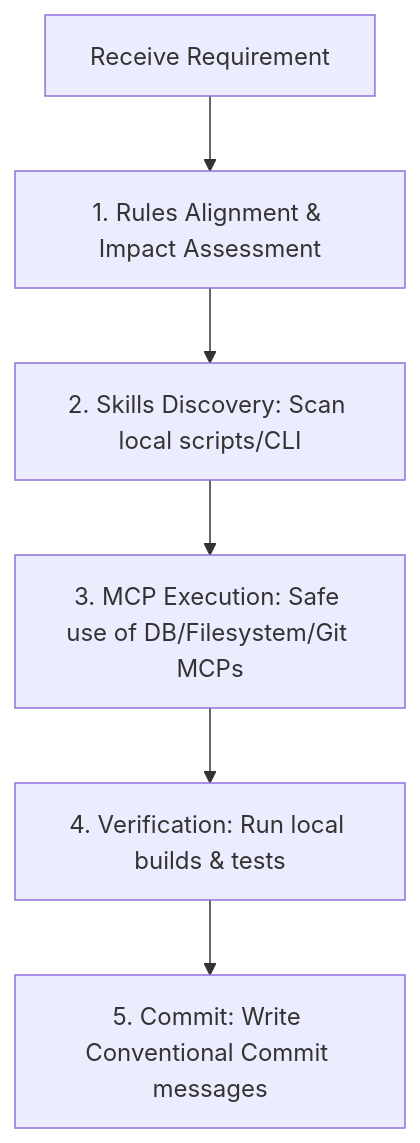
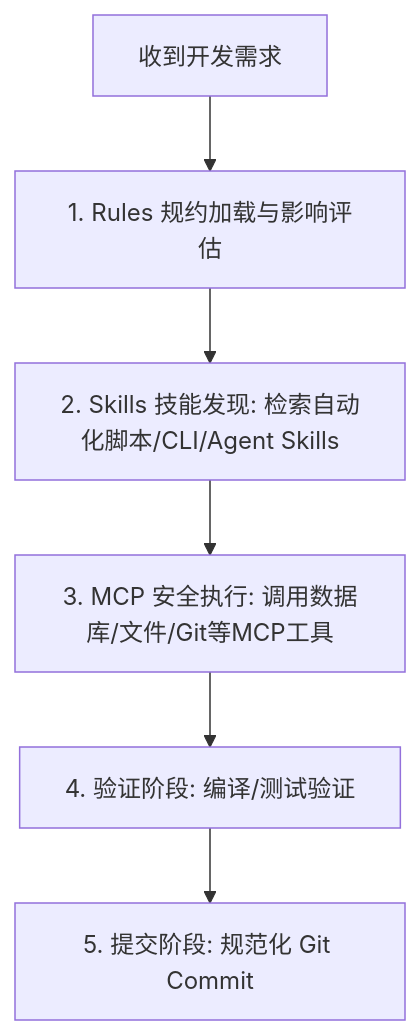
One commit to hexianghong/ai-standards changed the diagram in core-rules/INSTRUCTIONS.md. Above: the diagram before and after it, drawn with Mermaid. The commit also changed other lines of this file and 49 other files, not shown here.

Commit message:
refactor: reorganize project structure by updating core rules, adding automation tools, and restructuring templates and skills

````diff
--- a/core-rules/INSTRUCTIONS.md
+++ b/core-rules/INSTRUCTIONS.md
@@ -27,8 +27,8 @@
 ```mermaid
 graph TD
-    Start[Receive Requirement] --> RuleCheck[1. Rules Alignment & Impact Assessment]
-    RuleCheck --> SkillCheck[2. Skills Discovery: Scan local scripts/CLI]
-    SkillCheck --> MCPExec[3. MCP Execution: Safe use of DB/Filesystem/Git MCPs]
-    MCPExec --> Verify[4. Verification: Run local builds & tests]
-    Verify --> GitCommit[5. Commit: Write Conventional Commit messages]
+    Start[收到开发需求] --> RuleCheck[1. Rules 规约加载与影响评估]
+    RuleCheck --> SkillCheck[2. Skills 技能发现: 检索自动化脚本/CLI/Agent Skills]
+    SkillCheck --> MCPExec[3. MCP 安全执行: 调用数据库/文件/Git等MCP工具]
+    MCPExec --> Verify[4. 验证阶段: 编译/测试验证]
+    Verify --> GitCommit[5. 提交阶段: 规范化 Git Commit]
 ```
````
